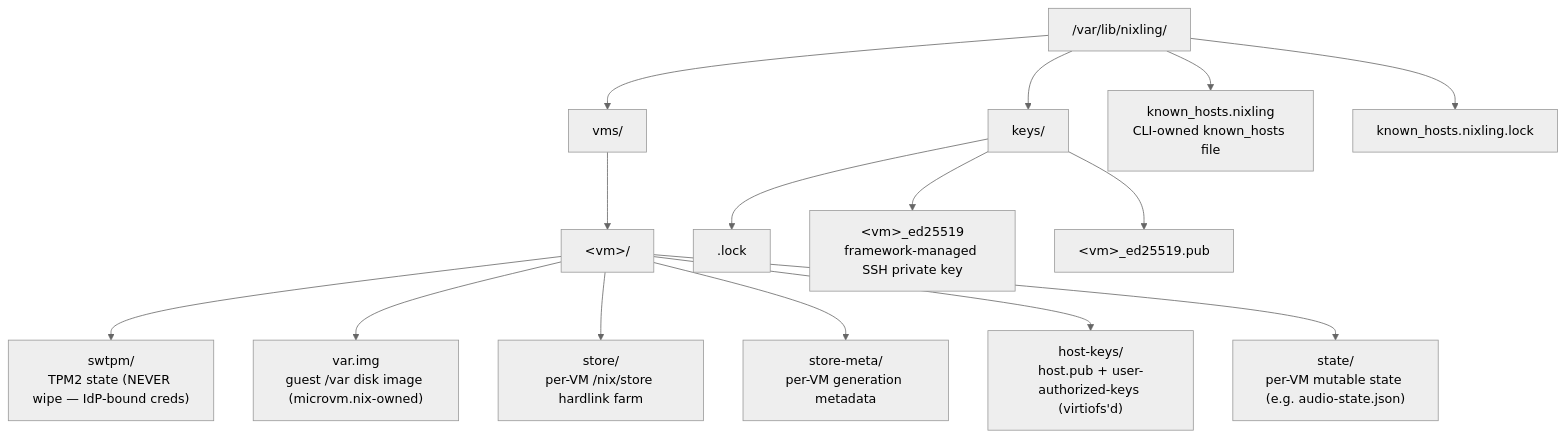
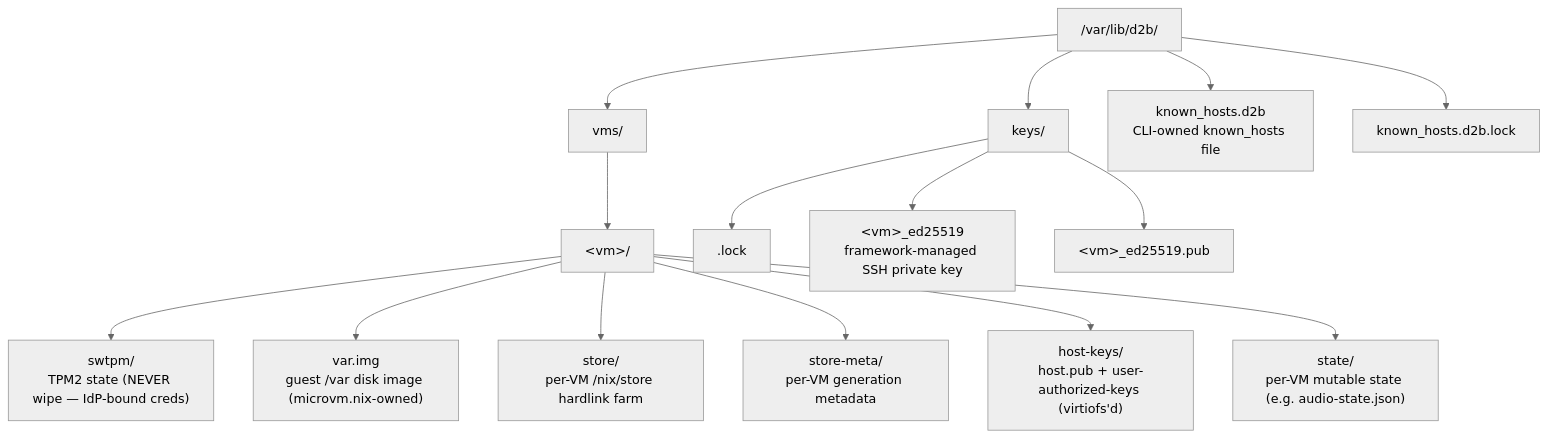
The third of 3 diagrams in docs/explanation/design.md (vicondoa/d2b), drawn with Mermaid (neutral theme) before and after one commit. The commit also changed other lines of this file and 1577 other files, not shown here.

````diff
--- a/docs/explanation/design.md
+++ b/docs/explanation/design.md
@@ -777,18 +777,18 @@
 ```mermaid
 flowchart TD
-    root["/var/lib/nixling/"]
+    root["/var/lib/d2b/"]
     root --> vms["vms/"]
     vms --> vm["&lt;vm&gt;/"]
     vm --> swtpm["swtpm/<br/>TPM2 state (NEVER wipe — IdP-bound creds)"]
     vm --> varimg["var.img<br/>guest /var disk image (microvm.nix-owned)"]
     vm --> store["store/<br/>per-VM /nix/store hardlink farm"]
     vm --> storemeta["store-meta/<br/>per-VM generation metadata"]
     vm --> hostkeys["host-keys/<br/>host.pub + user-authorized-keys (virtiofs'd)"]
     vm --> state["state/<br/>per-VM mutable state (e.g. audio-state.json)"]
     root --> keys["keys/"]
     keys --> lock[".lock"]
     keys --> priv["&lt;vm&gt;_ed25519<br/>framework-managed SSH private key"]
     keys --> pub["&lt;vm&gt;_ed25519.pub"]
-    root --> knownhosts["known_hosts.nixling<br/>CLI-owned known_hosts file"]
-    root --> knownhostslock["known_hosts.nixling.lock"]
+    root --> knownhosts["known_hosts.d2b<br/>CLI-owned known_hosts file"]
+    root --> knownhostslock["known_hosts.d2b.lock"]
 ```
````
